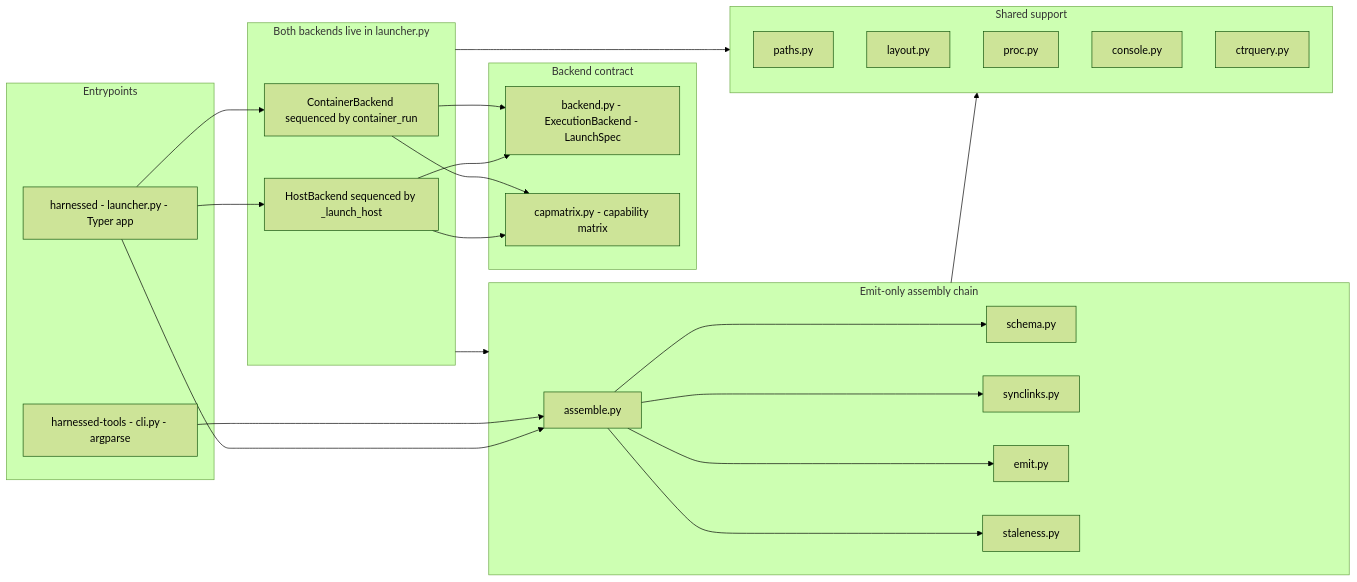
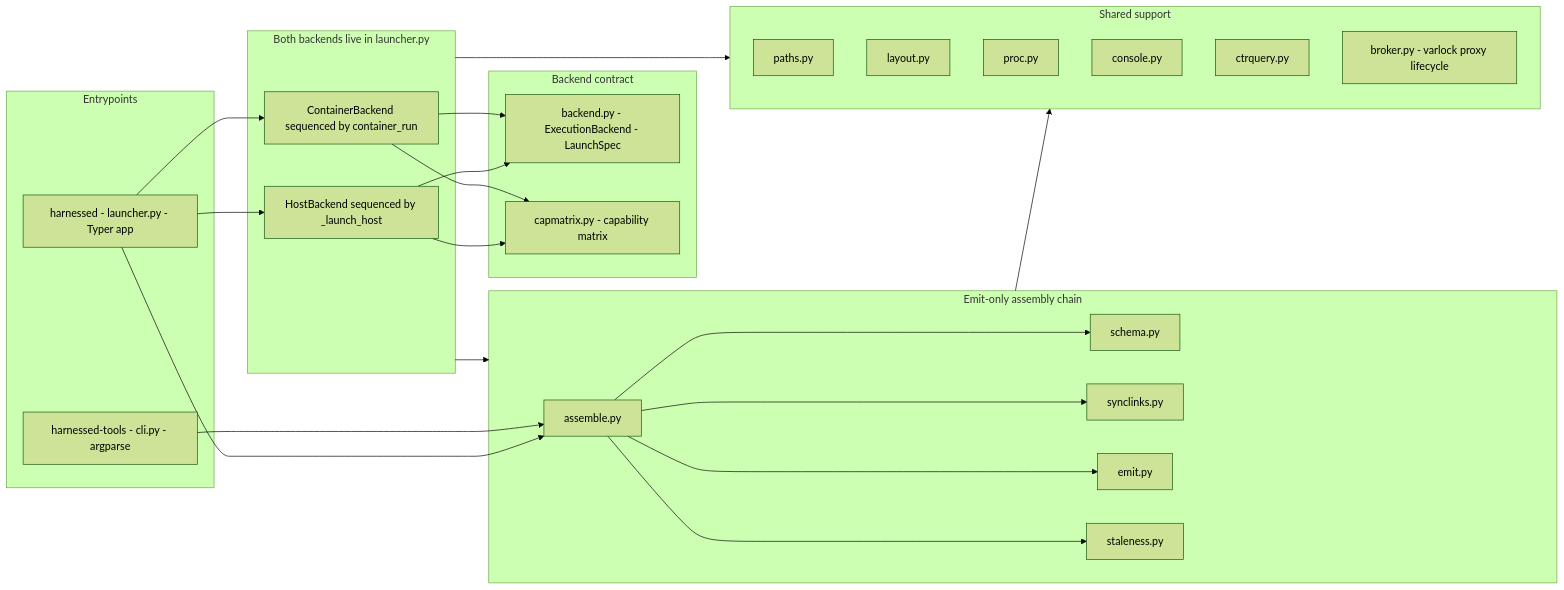
Before and after one commit to drmikecrowe/harnessed: the diagram in openwiki/architecture/overview.md, drawn with Mermaid (forest theme). The commit also changed other lines of this file and 25 other files, not shown here.

````diff
--- a/openwiki/architecture/overview.md
+++ b/openwiki/architecture/overview.md
@@ -187,44 +209,45 @@
 ```mermaid
 flowchart LR
     subgraph entry["Entrypoints"]
         verb["harnessed - launcher.py - Typer app"]
         tools["harnessed-tools - cli.py - argparse"]
     end
     subgraph impl["Both backends live in launcher.py"]
         hostb["HostBackend sequenced by _launch_host"]
         ctrb["ContainerBackend sequenced by container_run"]
     end
     subgraph contractG["Backend contract"]
         backendm["backend.py - ExecutionBackend - LaunchSpec"]
         capm["capmatrix.py - capability matrix"]
     end
     subgraph assemblyG["Emit-only assembly chain"]
         assem["assemble.py"]
         schemam["schema.py"]
         syncm["synclinks.py"]
         emitm["emit.py"]
         stalem["staleness.py"]
     end
     subgraph supportG["Shared support"]
         pathsm["paths.py"]
         layoutm["layout.py"]
         procm["proc.py"]
         consolem["console.py"]
         ctrqm["ctrquery.py"]
+        broker["broker.py - varlock proxy lifecycle"]
     end
     verb --> hostb
     verb --> ctrb
     verb --> assem
     tools --> assem
     hostb --> backendm
     ctrb --> backendm
     hostb --> capm
     ctrb --> capm
     assem --> schemam
     assem --> syncm
     assem --> emitm
     assem --> stalem
     impl --> assemblyG
     impl --> supportG
     assemblyG --> supportG
 ```
````
